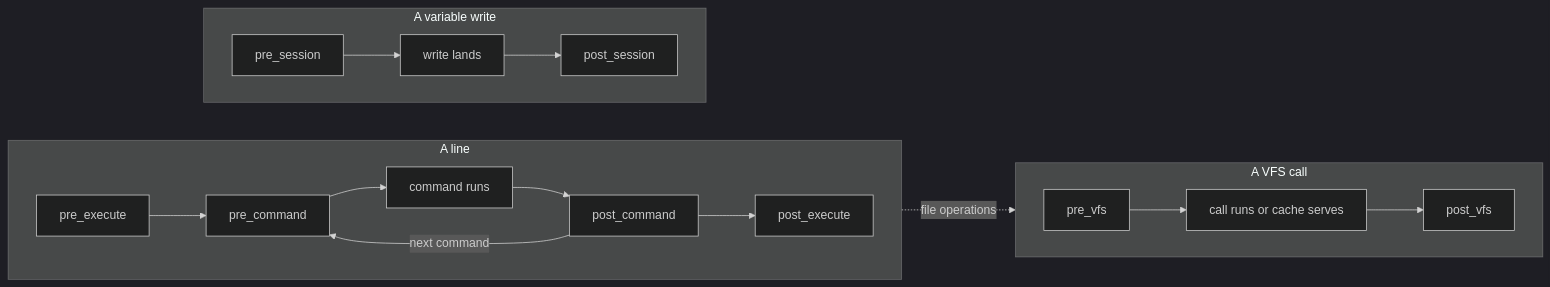
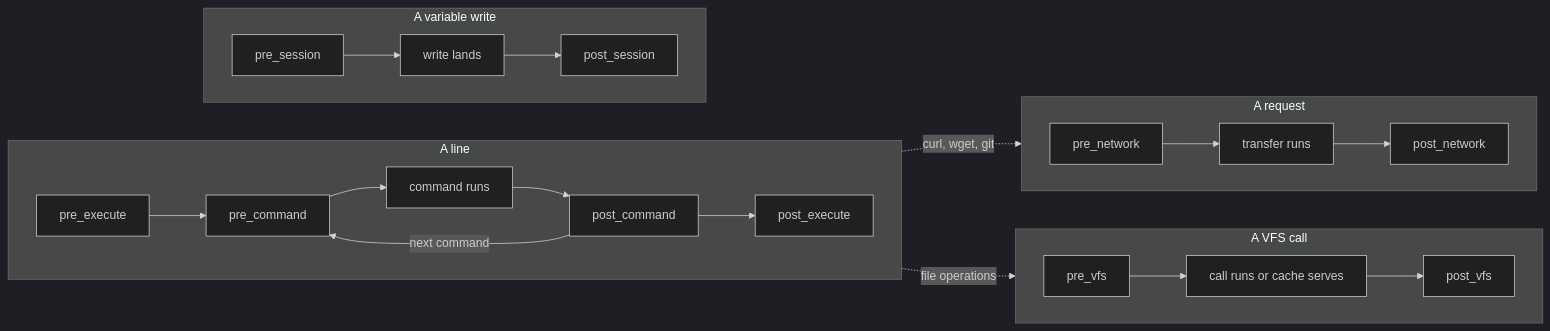
One commit to strukto-ai/mirage changed the diagram in docs/home/policy/policies.mdx. Above: the diagram before and after it, drawn with Mermaid (dark theme). The commit also changed other lines of this file and 65 other files, not shown here.

First line of the commit message:
Stream curl and wget bodies, take network domain lists, add pre/post_network hooks

````diff
--- a/docs/home/policy/policies.mdx
+++ b/docs/home/policy/policies.mdx
@@ -70,17 +70,22 @@
 ```mermaid
 flowchart LR
     subgraph line["A line"]
         direction LR
         PE["pre_execute"] --> PC["pre_command"] --> Run["command runs"] --> PoC["post_command"] --> PoE["post_execute"]
         PoC -- "next command" --> PC
     end
     subgraph call["A VFS call"]
         direction LR
         PV["pre_vfs"] --> Op["call runs or cache serves"] --> PoV["post_vfs"]
     end
     Run -. file operations .-> PV
     subgraph write["A variable write"]
         direction LR
         PS["pre_session"] --> Land["write lands"] --> PoS["post_session"]
     end
+    subgraph request["A request"]
+        direction LR
+        PN["pre_network"] --> Send["transfer runs"] --> PoN["post_network"]
+    end
+    Run -. curl, wget, git .-> PN
 ```
````
